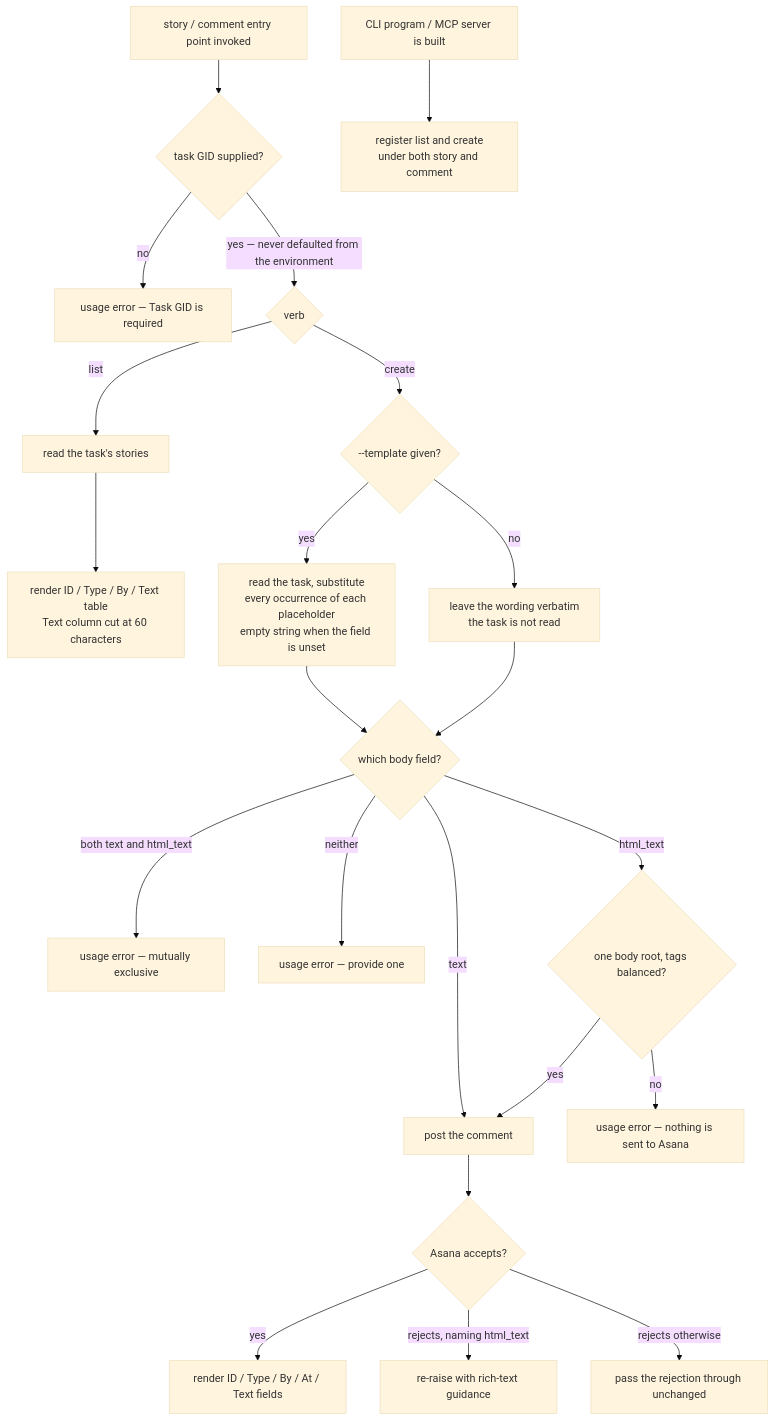
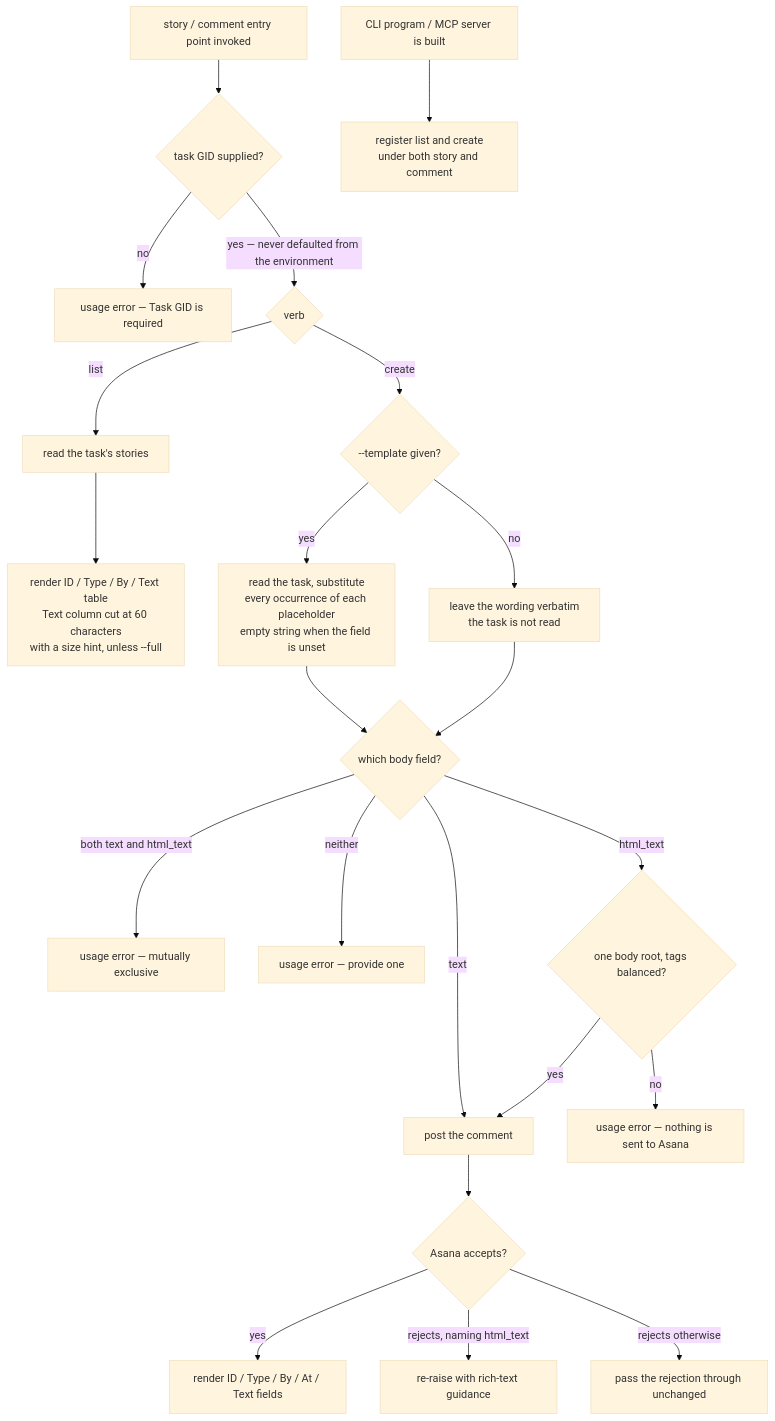
One commit to cyberuni/asana-agent changed the diagram in packages/cyber-asana/.agents/spec/stories/README.md. Above: the diagram before and after it, drawn with Mermaid (base theme). The commit also changed other lines of this file and 3 other files, not shown here.

First line of the commit message:
fix(stories): honor --full on the story list Text column

````diff
--- a/packages/cyber-asana/.agents/spec/stories/README.md
+++ b/packages/cyber-asana/.agents/spec/stories/README.md
@@ -75,27 +75,27 @@
 ```mermaid
 graph TD
   S[story / comment entry point invoked] --> T{task GID supplied?}
   T -->|no| TE[usage error — Task GID is required]
   T -->|yes — never defaulted from the environment| V{verb}
 
   V -->|list| LP[read the task's stories]
-  LP --> LR[render ID / Type / By / Text table<br/>Text column cut at 60 characters]
+  LP --> LR[render ID / Type / By / Text table<br/>Text column cut at 60 characters<br/>with a size hint, unless --full]
 
   V -->|create| C{--template given?}
   C -->|yes| CT[read the task, substitute<br/>every occurrence of each placeholder<br/>empty string when the field is unset]
   C -->|no| CF[leave the wording verbatim<br/>the task is not read]
   CT --> W{which body field?}
   CF --> W
   W -->|both text and html_text| WB[usage error — mutually exclusive]
   W -->|neither| WN[usage error — provide one]
   W -->|text| P[post the comment]
   W -->|html_text| H{one body root, tags balanced?}
   H -->|no| HE[usage error — nothing is sent to Asana]
   H -->|yes| P
   P --> R{Asana accepts?}
   R -->|yes| CR[render ID / Type / By / At / Text fields]
   R -->|rejects, naming html_text| RE[re-raise with rich-text guidance]
   R -->|rejects otherwise| RP[pass the rejection through unchanged]
 
   A[CLI program / MCP server is built] --> AB[register list and create<br/>under both story and comment]
 ```
````
